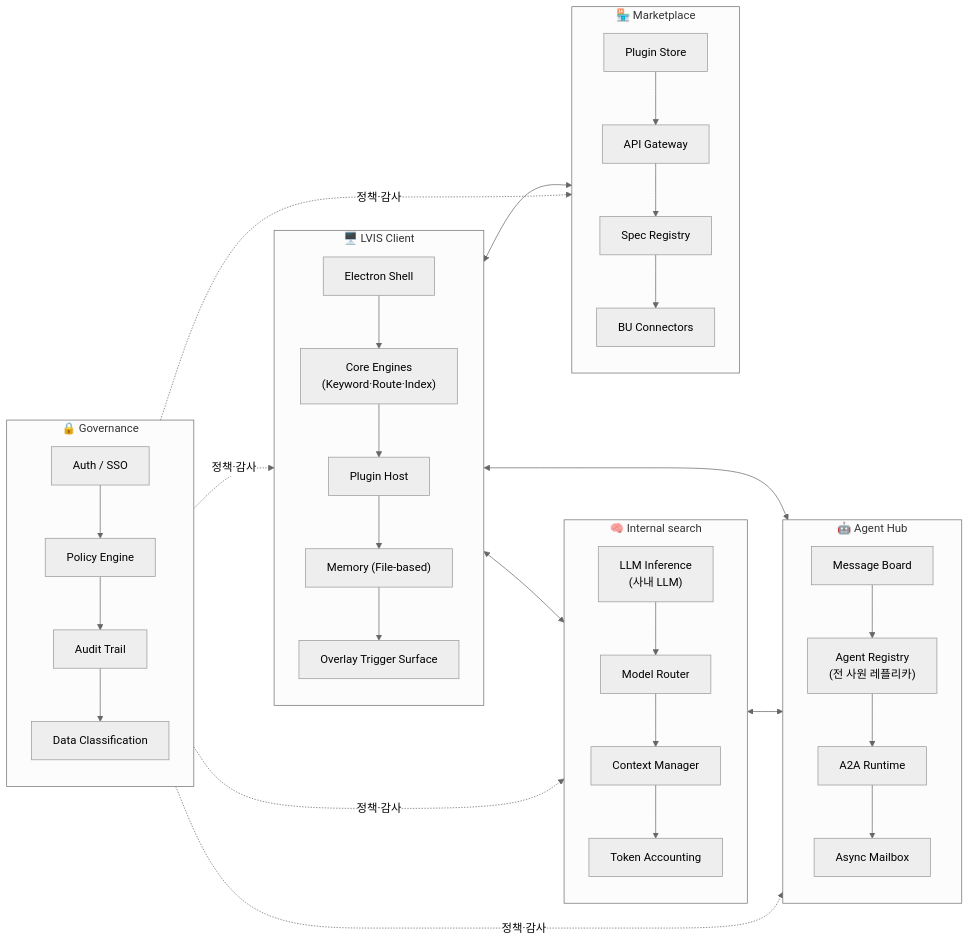
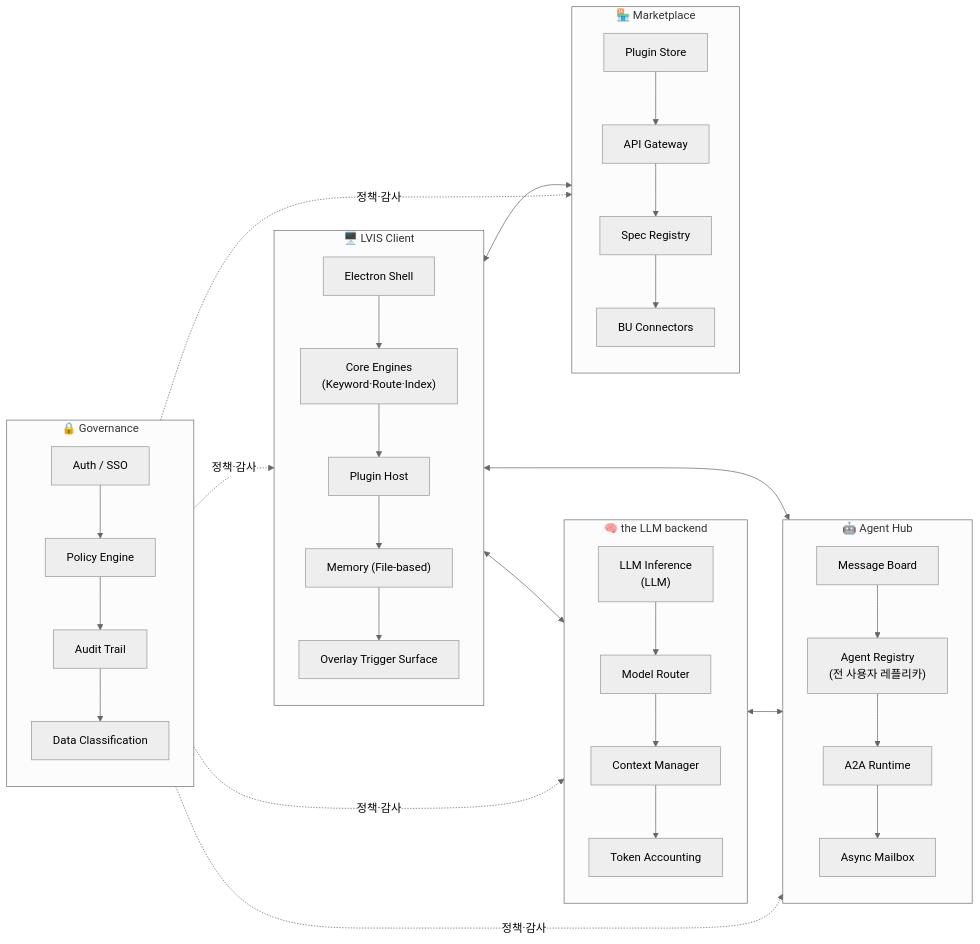
One commit to lvis-project/lvis-app changed the third of 44 diagrams in docs/architecture/architecture.md. Above: the diagram before and after it, drawn with Mermaid (neutral theme). The commit also changed other lines of this file and 76 other files, not shown here.

````diff
--- a/docs/architecture/architecture.md
+++ b/docs/architecture/architecture.md
@@ -159,57 +159,57 @@
 ```mermaid
 graph LR
     subgraph P1["🖥️ LVIS Client"]
         direction TB
         P1A["Electron Shell"]
         P1B["Core Engines<br/>(Keyword·Route·Index)"]
         P1C["Plugin Host"]
         P1D["Memory (File-based)"]
         P1E["Overlay Trigger Surface"]
         P1A --> P1B --> P1C --> P1D --> P1E
     end
 
-    subgraph P2["🧠 Internal search"]
+    subgraph P2["🧠 the LLM backend"]
         direction TB
-        P2A["LLM Inference<br/>(사내 LLM)"]
+        P2A["LLM Inference<br/>(LLM)"]
         P2B["Model Router"]
         P2C["Context Manager"]
         P2D["Token Accounting"]
         P2A --> P2B --> P2C --> P2D
     end
 
     subgraph P3["🤖 Agent Hub"]
         direction TB
         P3A["Message Board"]
-        P3B["Agent Registry<br/>(전 사원 레플리카)"]
+        P3B["Agent Registry<br/>(전 사용자 레플리카)"]
         P3C["A2A Runtime"]
         P3D["Async Mailbox"]
         P3A --> P3B --> P3C --> P3D
     end
 
     subgraph P4["🏪 Marketplace"]
         direction TB
         P4A["Plugin Store"]
         P4B["API Gateway"]
         P4C["Spec Registry"]
         P4D["BU Connectors"]
         P4A --> P4B --> P4C --> P4D
     end
 
     subgraph P5["🔒 Governance"]
         direction TB
         P5A["Auth / SSO"]
         P5B["Policy Engine"]
         P5C["Audit Trail"]
         P5D["Data Classification"]
         P5A --> P5B --> P5C --> P5D
     end
 
     P1 <--> P2
     P1 <--> P3
     P1 <--> P4
     P2 <--> P3
     P5 -.->|"정책·감사"| P1
     P5 -.->|"정책·감사"| P2
     P5 -.->|"정책·감사"| P3
     P5 -.->|"정책·감사"| P4
 ```
````
